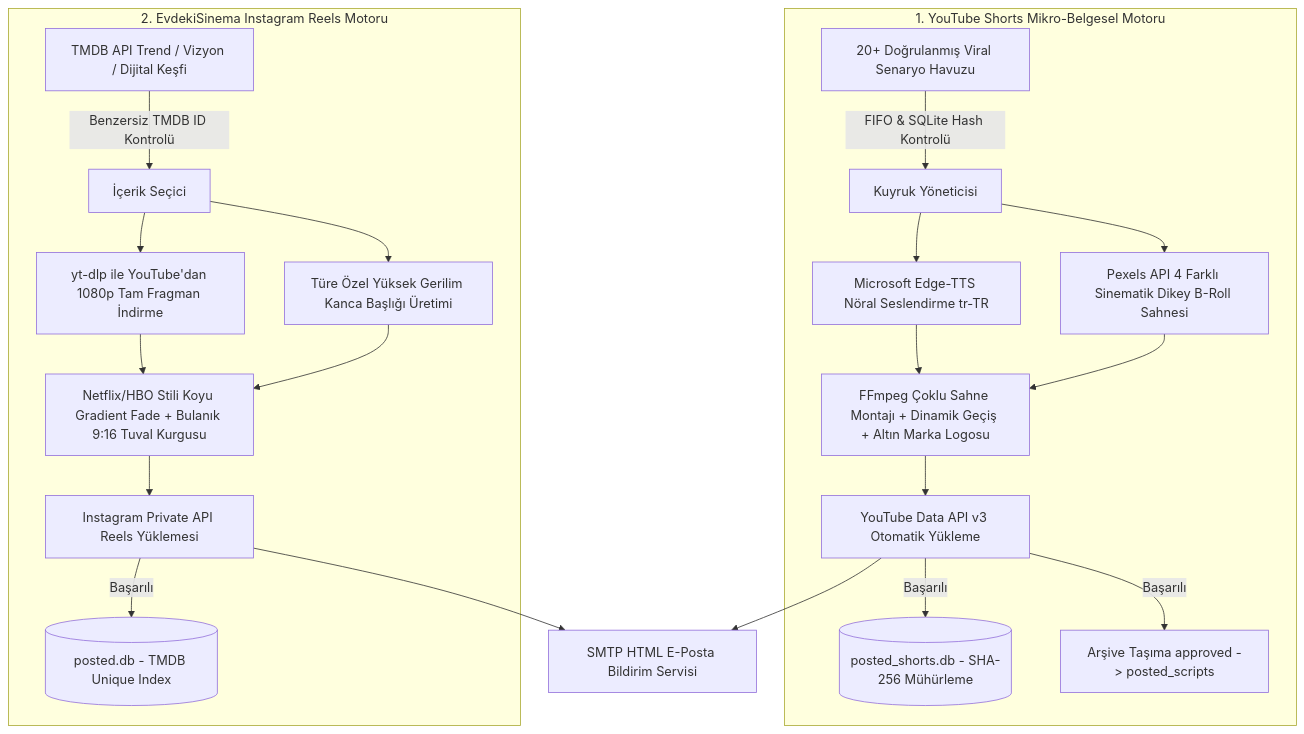
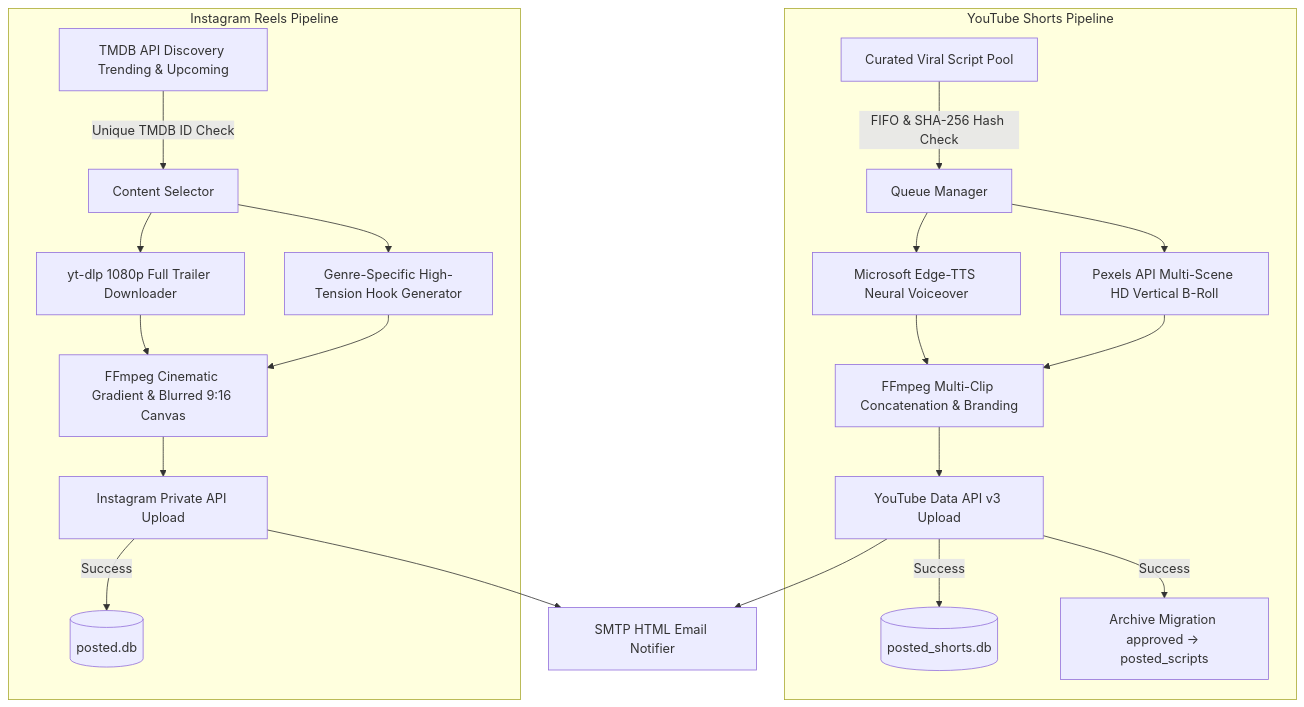
The diagram in README.md (beratcemzengin/auto-viral-media-engine), drawn with Mermaid before and after one commit. The commit also changed other lines of this file and 3 other files, not shown here.

Commit message:
docs: translate all documentation, architecture, and installer script to English

````diff
--- a/README.md
+++ b/README.md
@@ -36,23 +51,23 @@
 ```mermaid
 graph TD
-    subgraph 1. YouTube Shorts Mikro-Belgesel Motoru
-        A1[20+ Doğrulanmış Viral Senaryo Havuzu] -->|FIFO & SQLite Hash Kontrolü| B1[Kuyruk Yöneticisi]
-        B1 --> C1[Microsoft Edge-TTS Nöral Seslendirme tr-TR]
-        B1 --> D1[Pexels API 4 Farklı Sinematik Dikey B-Roll Sahnesi]
-        C1 & D1 --> E1[FFmpeg Çoklu Sahne Montajı + Dinamik Geçiş + Altın Marka Logosu]
-        E1 --> F1[YouTube Data API v3 Otomatik Yükleme]
-        F1 -->|Başarılı| G1[(posted_shorts.db - SHA-256 Mühürleme)]
-        F1 -->|Başarılı| H1[Arşive Taşıma approved -> posted_scripts]
+    subgraph YouTube Shorts Pipeline
+        A1[Curated Viral Script Pool] -->|FIFO & SHA-256 Hash Check| B1[Queue Manager]
+        B1 --> C1[Microsoft Edge-TTS Neural Voiceover]
+        B1 --> D1[Pexels API Multi-Scene HD Vertical B-Roll]
+        C1 & D1 --> E1[FFmpeg Multi-Clip Concatenation & Branding]
+        E1 --> F1[YouTube Data API v3 Upload]
+        F1 -->|Success| G1[(posted_shorts.db)]
+        F1 -->|Success| H1[Archive Migration approved -> posted_scripts]
     end
 
-    subgraph 2. EvdekiSinema Instagram Reels Motoru
-        A2[TMDB API Trend / Vizyon / Dijital Keşfi] -->|Benzersiz TMDB ID Kontrolü| B2[İçerik Seçici]
-        B2 --> C2[yt-dlp ile YouTube'dan 1080p Tam Fragman İndirme]
-        B2 --> D2[Türe Özel Yüksek Gerilim Kanca Başlığı Üretimi]
-        C2 & D2 --> E2[Netflix/HBO Stili Koyu Gradient Fade + Bulanık 9:16 Tuval Kurgusu]
-        E2 --> F2[Instagram Private API Reels Yüklemesi]
-        F2 -->|Başarılı| G2[(posted.db - TMDB Unique Index)]
+    subgraph Instagram Reels Pipeline
+        A2[TMDB API Discovery Trending & Upcoming] -->|Unique TMDB ID Check| B2[Content Selector]
+        B2 --> C2[yt-dlp 1080p Full Trailer Downloader]
+        B2 --> D2[Genre-Specific High-Tension Hook Generator]
+        C2 & D2 --> E2[FFmpeg Cinematic Gradient & Blurred 9:16 Canvas]
+        E2 --> F2[Instagram Private API Upload]
+        F2 -->|Success| G2[(posted.db)]
     end
 
-    F1 & F2 --> Z[SMTP HTML E-Posta Bildirim Servisi]
+    F1 & F2 --> Z[SMTP HTML Email Notifier]
 ```
````
